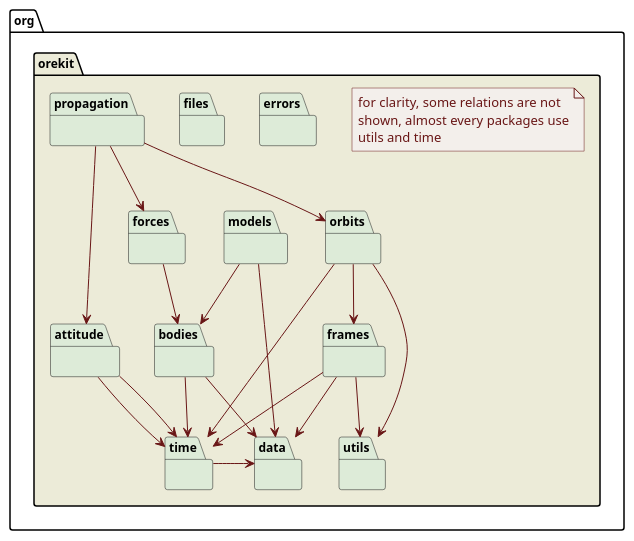
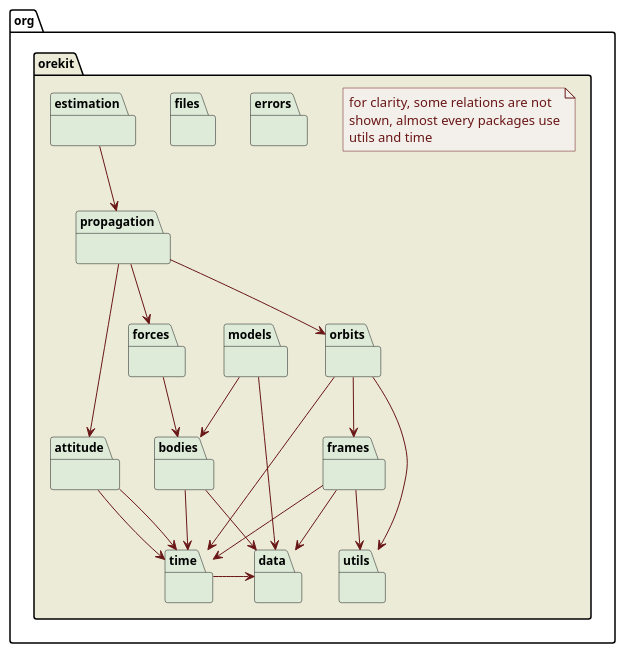
One commit to CS-SI/Orekit changed the diagram in src/design/top-packages.puml. Above: the diagram before and after it, drawn with PlantUML.

Commit message:
Added estimation to packages diagram

```diff
--- a/src/design/top-packages.puml
+++ b/src/design/top-packages.puml
@@ -17,66 +17,69 @@
 @startuml
 
   skinparam svek                  true
   skinparam ClassBackgroundColor  #F3EFEB/CCC9C5
   skinparam ClassArrowColor       #691616
   skinparam ClassBorderColor      #691616
   skinparam NoteBackgroundColor   #F3EFEB
   skinparam NoteBorderColor       #691616
   skinparam NoteFontColor         #691616
   skinparam ClassFontSize         11
   skinparam PackageFontSize       12
 
   package org.orekit #ECEBD8 {
 
     package attitude #DDEBD8 {
     }
     package bodies #DDEBD8 {
     }
     package data #DDEBD8 {
     }
     package errors #DDEBD8 {
     }
     package files #DDEBD8 {
     }
     package forces #DDEBD8 {
     }
     package frames #DDEBD8 {
     }
     package orbits #DDEBD8 {
     }
     package propagation #DDEBD8 {
     }
+    package estimation #DDEBD8 {
+    }
     package time #DDEBD8 {
     }
     package utils #DDEBD8 {
     }
     package models #DDEBD8 {
     }
 
+    estimation  -->      propagation
     propagation -->      attitude
     propagation -->      forces
     forces      -->      bodies
     propagation -->      orbits
     orbits      -->      frames
     attitude    -->      time
     orbits      -->      time
     attitude    -->      time
     frames      -->      time
     bodies      -->      time
     bodies      -->      data
     models      -->      bodies
     models      -->      data
     frames      -->      data
     time        -right-> data
     frames      -->      utils
     orbits      -->      utils
 
     note as N1
       for clarity, some relations are not
       shown, almost every packages use
       utils and time
     end note
 
   }
 
 @enduml
```
